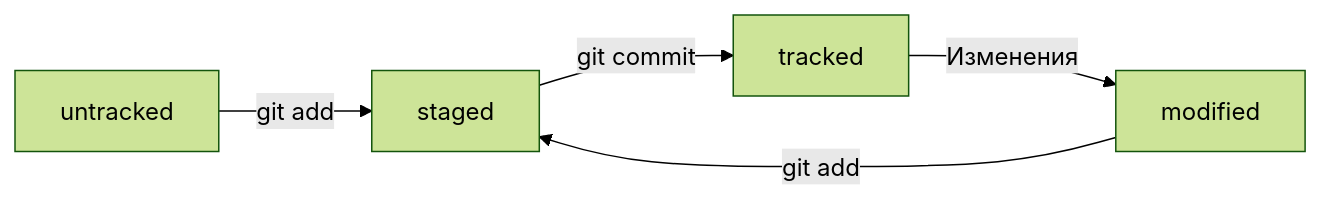
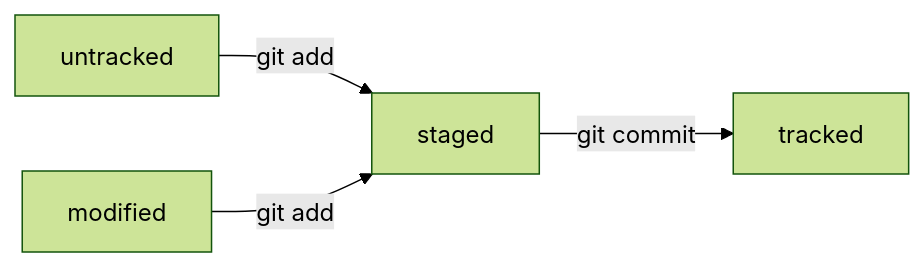
Before and after one commit to Suren73/second-project: the diagram in README.md, drawn with Mermaid (forest theme).

Commit message:
Добавить mermaid-схему

````diff
--- a/README.md
+++ b/README.md
@@ -222,7 +222,6 @@
 ```mermaid
 graph LR;
 A[untracked] -- "git add" --> C[staged]
 B[modified] -- "git add" --> C[staged]
 C[staged] -- "git commit" --> D[tracked]
-D -- "Изменения" --> B
 ```
````
